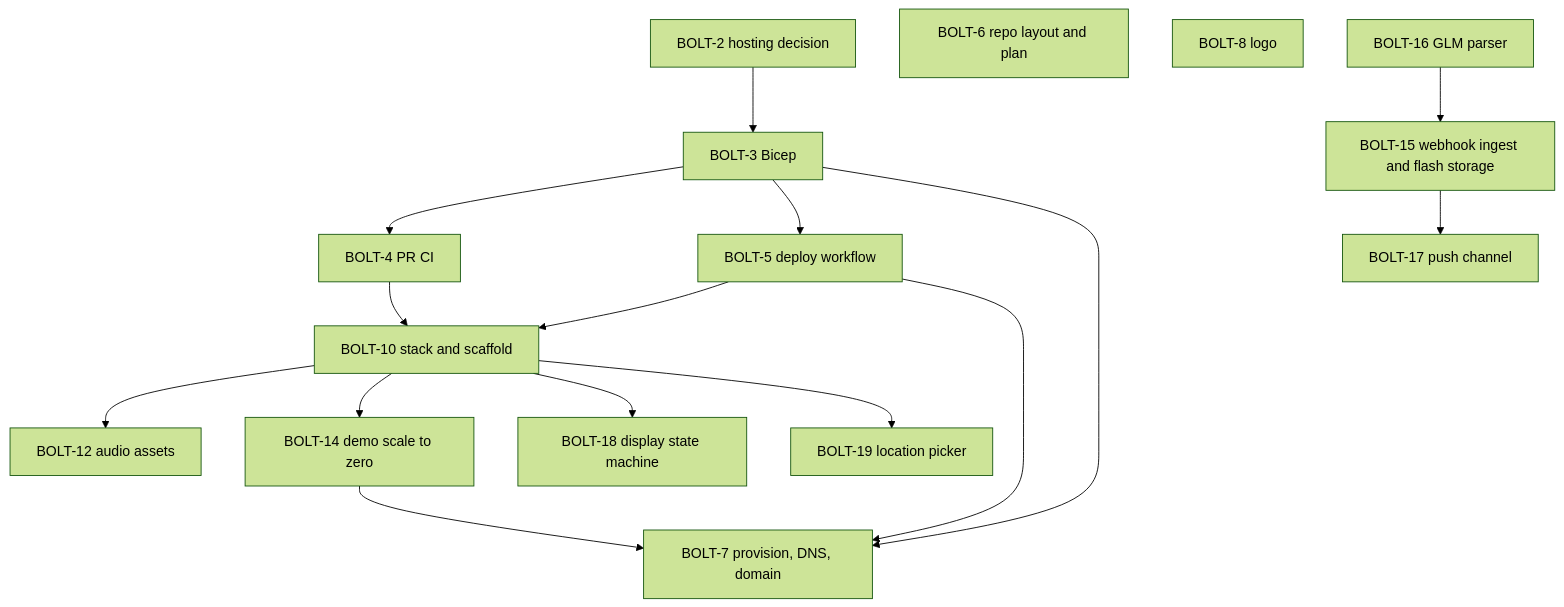
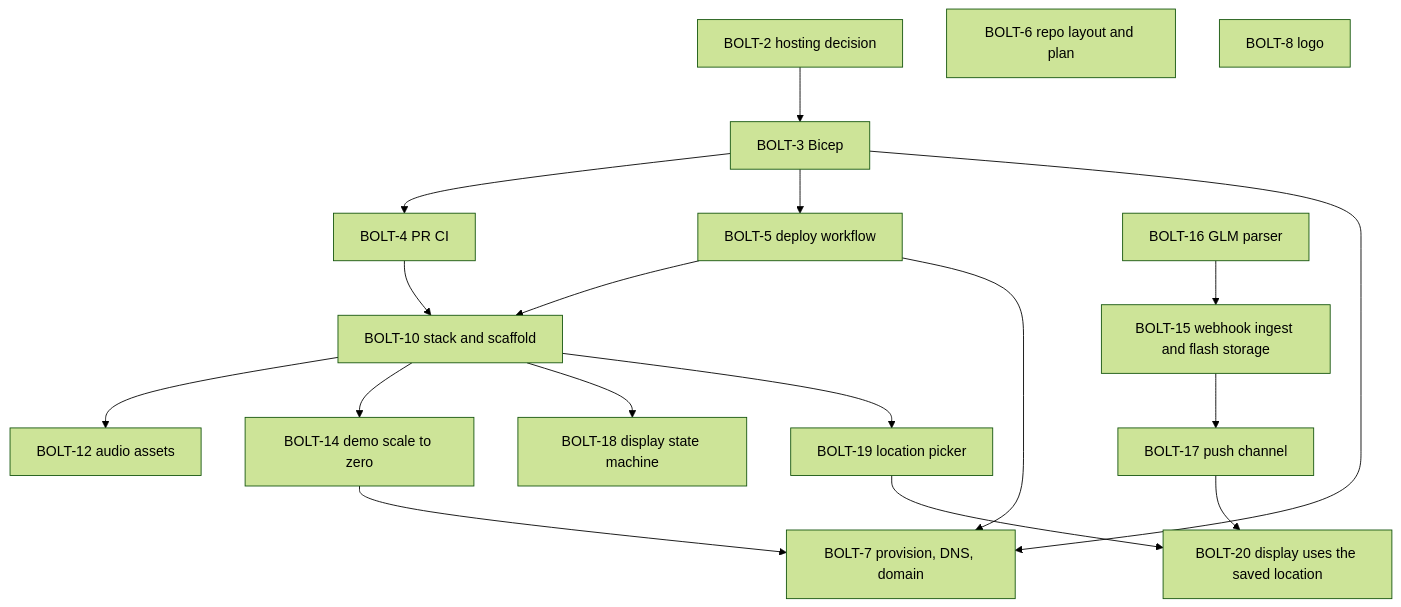
Before and after one commit to henrique-meyer/boltclock: the diagram in docs/plan.md, drawn with Mermaid (forest theme). The commit also changed other lines of this file and 7 other files, not shown here.

First line of the commit message:
BOLT-20 Display watches the saved location, with the address as a kiosk override

````diff
--- a/docs/plan.md
+++ b/docs/plan.md
@@ -15,32 +15,35 @@
 ```mermaid
 flowchart TD
   s2[BOLT-2 hosting decision]
   s3[BOLT-3 Bicep]
   s4[BOLT-4 PR CI]
   s5[BOLT-5 deploy workflow]
   s6[BOLT-6 repo layout and plan]
   s7[BOLT-7 provision, DNS, domain]
   s8[BOLT-8 logo]
   s10[BOLT-10 stack and scaffold]
   s12[BOLT-12 audio assets]
   s14[BOLT-14 demo scale to zero]
   s15[BOLT-15 webhook ingest and flash storage]
   s16[BOLT-16 GLM parser]
   s17[BOLT-17 push channel]
   s18[BOLT-18 display state machine]
   s19[BOLT-19 location picker]
+  s20[BOLT-20 display uses the saved location]
   s2 --> s3
   s4 --> s10
   s5 --> s10
   s3 --> s4
   s3 --> s5
   s3 --> s7
   s5 --> s7
   s10 --> s12
   s10 --> s14
   s14 --> s7
   s16 --> s15
   s15 --> s17
   s10 --> s18
   s10 --> s19
+  s17 --> s20
+  s19 --> s20
 ```
````
